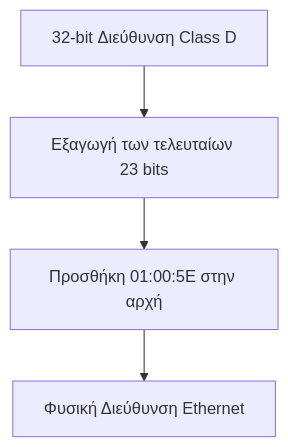
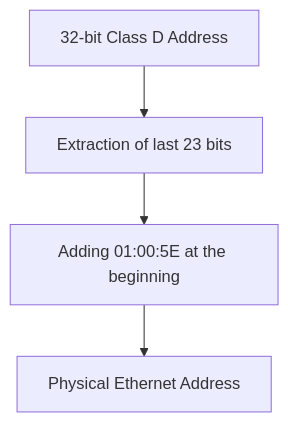
One commit to PanagopoulosNikolaos/DitOpenNotes changed the third of 4 diagrams in Year_1/Semester_2/NETWORKING/Resources/Notes/6. IGMP.md. Above: the diagram before and after it, drawn with Mermaid. The commit also changed other lines of this file and 61 other files, not shown here.

````diff
--- a/Year_1/Semester_2/NETWORKING/Resources/Notes/6. IGMP.md
+++ b/Year_1/Semester_2/NETWORKING/Resources/Notes/6. IGMP.md
@@ -76,6 +76,6 @@
 ```Mermaid
 graph TD
-    A[32-bit Διεύθυνση Class D] --> B[Εξαγωγή των τελευταίων 23 bits]
-    B --> C[Προσθήκη 01:00:5E στην αρχή]
-    C --> D[Φυσική Διεύθυνση Ethernet]
+    A[32-bit Class D Address] --> B[Extraction of last 23 bits]
+    B --> C[Adding 01:00:5E at the beginning]
+    C --> D[Physical Ethernet Address]
 ```
````
